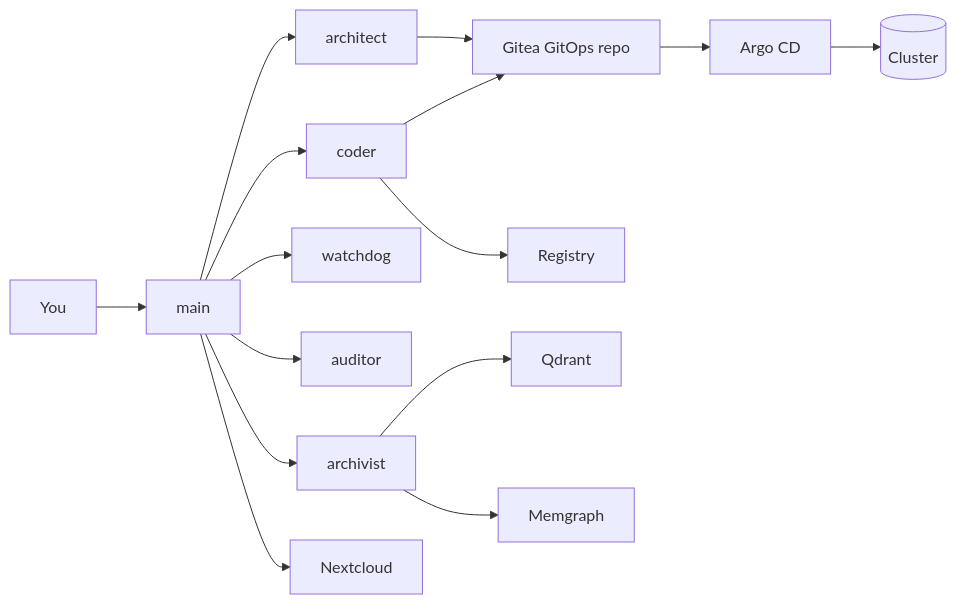
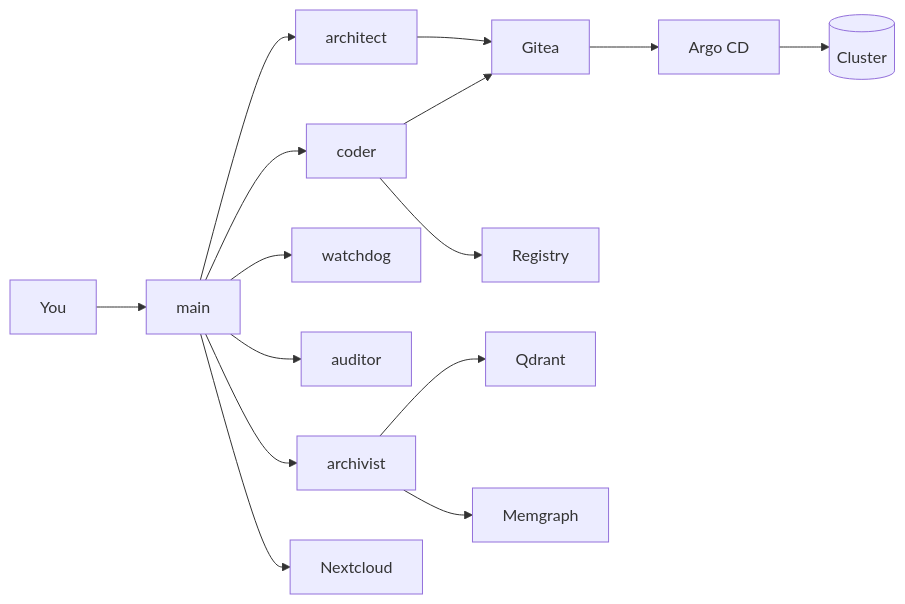
Before and after one commit to sbischoff-ai/ai-homebase: the diagram in README.md, drawn with Mermaid. The commit also changed other lines of this file and 56 other files, not shown here.

````diff
--- a/README.md
+++ b/README.md
@@ -36,17 +18,17 @@
 ```mermaid
 flowchart LR
     U[You] --> M[main]
     M --> A[architect]
     M --> C[coder]
     M --> W[watchdog]
     M --> AU[auditor]
     M --> AR[archivist]
-    A --> G[Gitea GitOps repo]
+    A --> G[Gitea]
     C --> G
     C --> R[Registry]
+    M --> N[Nextcloud]
     AR --> Q[Qdrant]
     AR --> MG[Memgraph]
-    M --> N[Nextcloud]
     G --> CD[Argo CD]
     CD --> K[(Cluster)]
 ```
````
